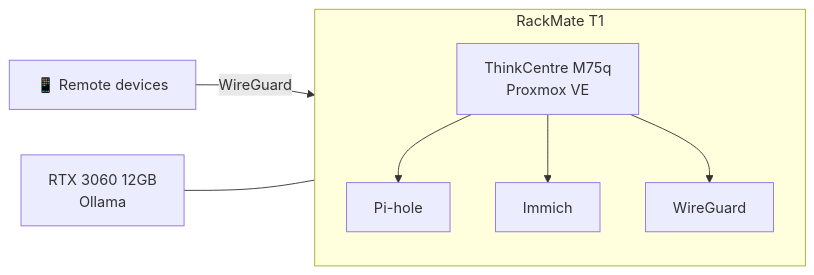
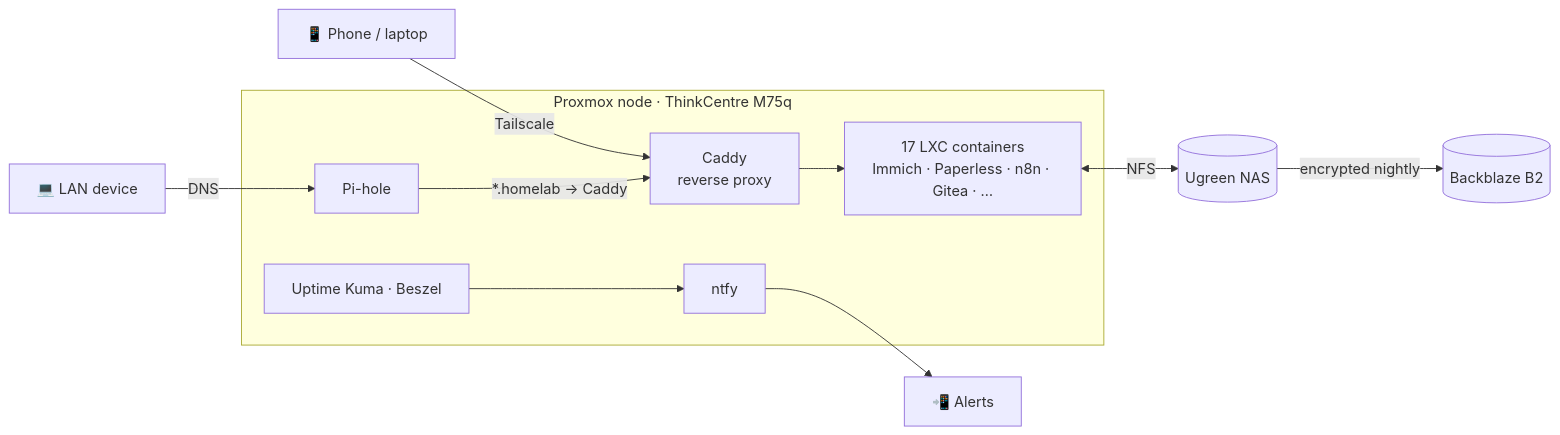
The diagram in README.md (Mpawlowski5467/Mpawlowski5467), drawn with Mermaid before and after one commit. The commit also changed other lines of this file and 1 other file, not shown here.

First line of the commit message:
Fill in Homelab section with real specs and services (#3)

````diff
--- a/README.md
+++ b/README.md
@@ -95,11 +120,13 @@
 ```mermaid
 flowchart LR
-    Remote["📱 Remote devices"] -- WireGuard --> Lab
-    subgraph Lab["RackMate T1"]
-        PVE["ThinkCentre M75q<br/>Proxmox VE"]
-        PVE --> PH["Pi-hole"]
-        PVE --> IM["Immich"]
-        PVE --> WG["WireGuard"]
+    remote["📱 Phone / laptop"] -- Tailscale --> caddy
+    lan["💻 LAN device"] -- DNS --> pihole
+    subgraph node["Proxmox node · ThinkCentre M75q"]
+        pihole["Pi-hole"] -- "*.homelab → Caddy" --> caddy["Caddy<br/>reverse proxy"]
+        caddy --> apps["17 LXC containers<br/>Immich · Paperless · n8n · Gitea · …"]
+        mon["Uptime Kuma · Beszel"] --> ntfy["ntfy"]
     end
-    GPU["RTX 3060 12GB<br/>Ollama"] --- Lab
+    apps <-- NFS --> nas[("Ugreen NAS")]
+    nas -- "encrypted nightly" --> b2[("Backblaze B2")]
+    ntfy --> phone["📲 Alerts"]
 ```
````
